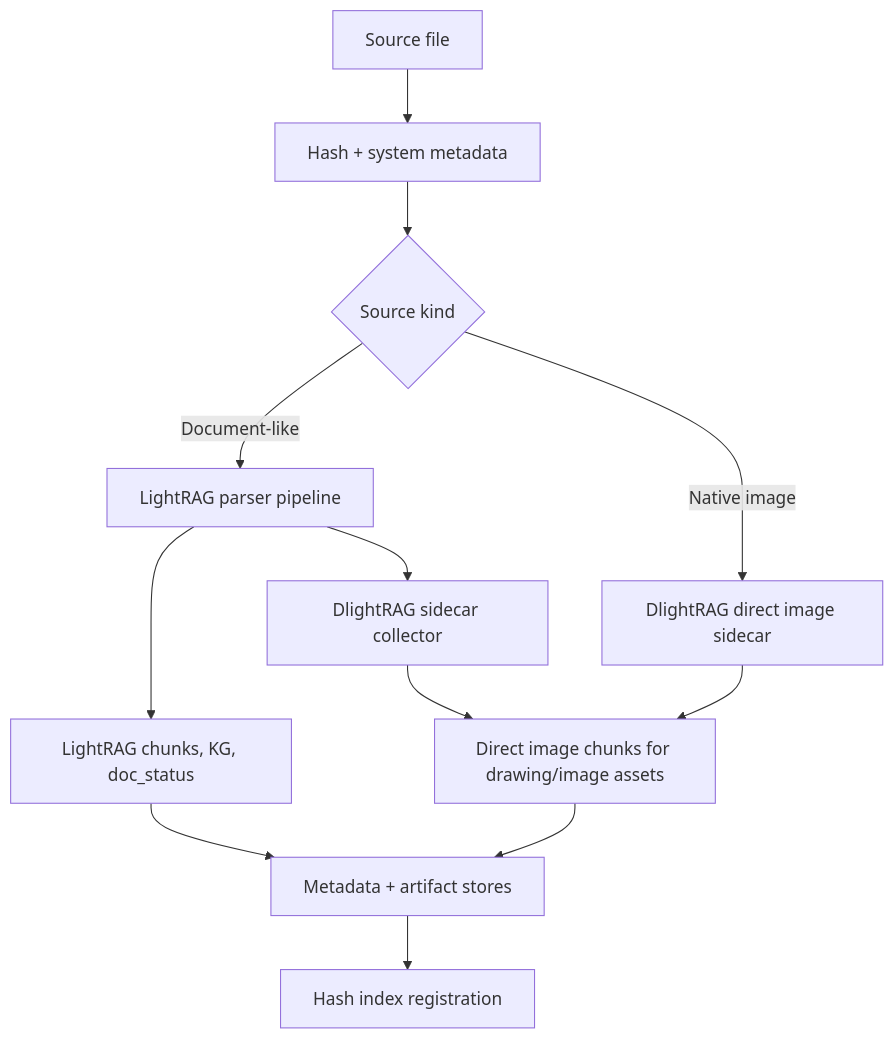
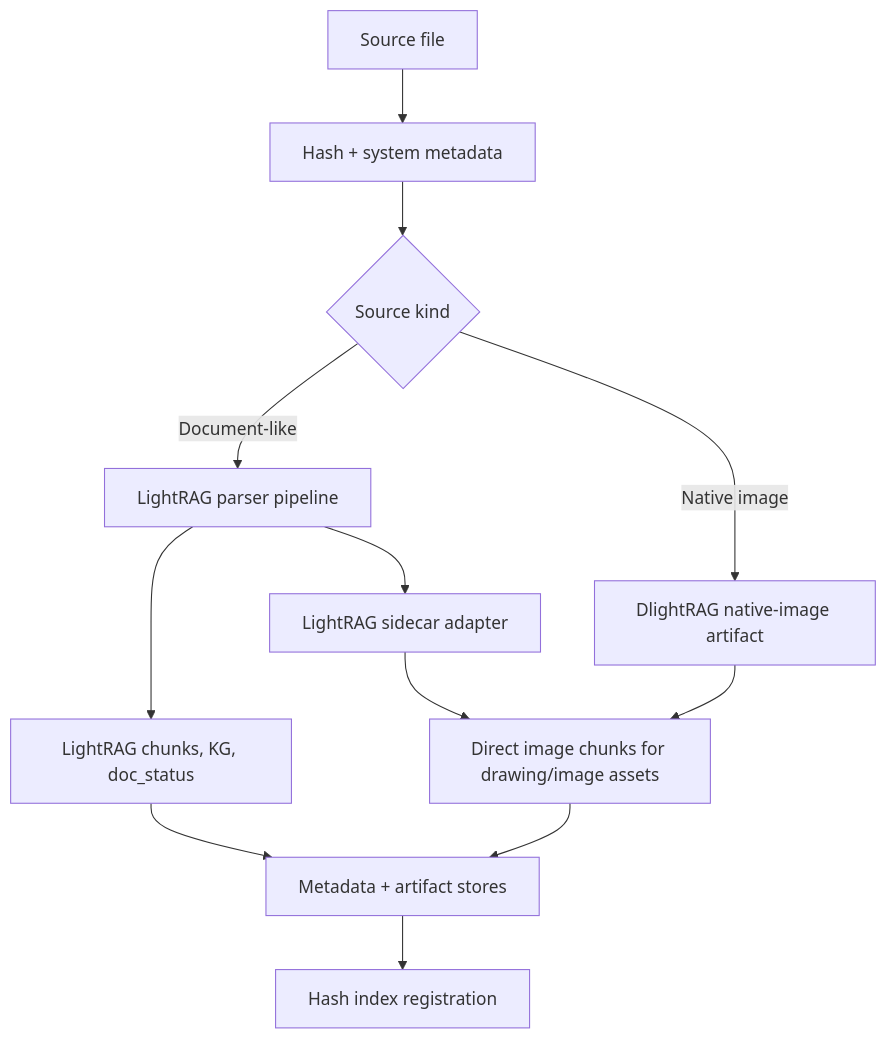
One commit to hanlianlu/DlightRAG changed the first of 2 diagrams in docs/superpowers/specs/2026-05-24-lightrag-main-sidecar-unified-design.md. Above: the diagram before and after it, drawn with Mermaid. The commit also changed other lines of this file and 1 other file, not shown here.

First line of the commit message:
docs: clarify lightrag sidecar ownership

````diff
--- a/docs/superpowers/specs/2026-05-24-lightrag-main-sidecar-unified-design.md
+++ b/docs/superpowers/specs/2026-05-24-lightrag-main-sidecar-unified-design.md
@@ -104,14 +106,14 @@
 ```mermaid
 flowchart TD
     A["Source file"] --> B["Hash + system metadata"]
     B --> C{"Source kind"}
     C -->|"Document-like"| D["LightRAG parser pipeline"]
-    C -->|"Native image"| E["DlightRAG direct image sidecar"]
+    C -->|"Native image"| E["DlightRAG native-image artifact"]
     D --> F["LightRAG chunks, KG, doc_status"]
-    D --> G["DlightRAG sidecar collector"]
+    D --> G["LightRAG sidecar adapter"]
     G --> H["Direct image chunks for drawing/image assets"]
     E --> H
     F --> I["Metadata + artifact stores"]
     H --> I
     I --> J["Hash index registration"]
 ```
````
